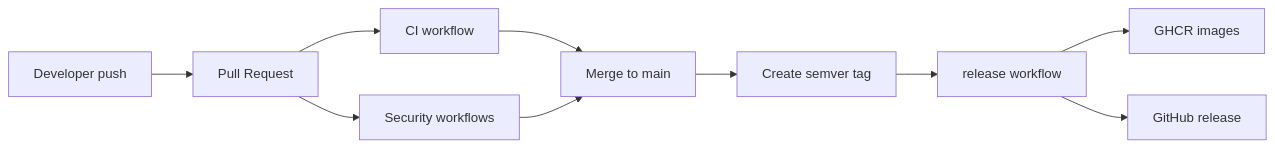
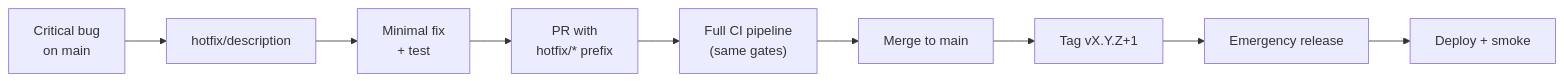
The second of 2 diagrams in docs/release-flow.md (aannayev/qa_architecture), drawn with Mermaid before and after one commit. The commit also changed other lines of this file and 10 other files, not shown here.

````diff
--- a/docs/release-flow.md
+++ b/docs/release-flow.md
@@ -5,22 +234,11 @@
 ```mermaid
 flowchart LR
-  Dev[Developer push]
-  PR[Pull Request]
-  CI[CI workflow]
-  Security[Security workflows]
-  Merge[Merge to main]
-  Tag[Create semver tag]
-  Release[release workflow]
-  GHCR[GHCR images]
-  GHRelease[GitHub release]
-
-  Dev --> PR
-  PR --> CI
-  PR --> Security
-  CI --> Merge
-  Security --> Merge
-  Merge --> Tag
-  Tag --> Release
-  Release --> GHCR
-  Release --> GHRelease
+    Bug["Critical bug\non main"] --> Branch["hotfix/description"]
+    Branch --> Fix["Minimal fix\n+ test"]
+    Fix --> PR["PR with\nhotfix/* prefix"]
+    PR --> CI["Full CI pipeline\n(same gates)"]
+    CI --> Merge["Merge to main"]
+    Merge --> Tag["Tag vX.Y.Z+1"]
+    Tag --> Release["Emergency release"]
+    Release --> Deploy["Deploy + smoke"]
 ```
````
